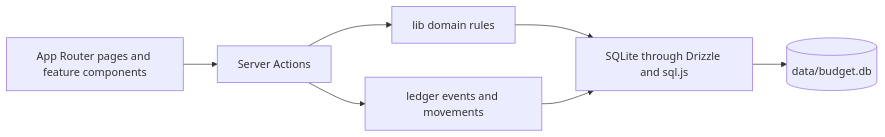
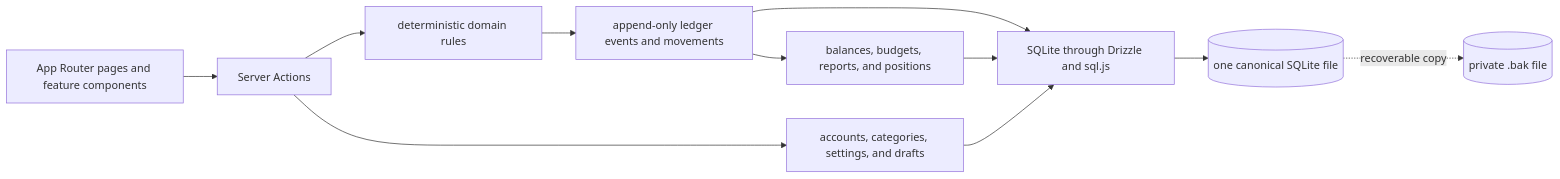
The diagram in README.md (kevin-aoun/LocalFi), drawn with Mermaid before and after one commit. The commit also changed other lines of this file and 26 other files, not shown here.

````diff
--- a/README.md
+++ b/README.md
@@ -72,9 +138,13 @@
 ```mermaid
 flowchart LR
   UI[App Router pages and feature components] --> Actions[Server Actions]
-  Actions --> Domain[lib domain rules]
-  Actions --> Ledger[ledger events and movements]
-  Domain --> DB[SQLite through Drizzle and sql.js]
-  Ledger --> DB
-  DB --> File[(data/budget.db)]
+  Actions --> Domain[deterministic domain rules]
+  Domain --> Ledger[append-only ledger events and movements]
+  Ledger --> Projections[balances, budgets, reports, and positions]
+  Actions --> Metadata[accounts, categories, settings, and drafts]
+  Ledger --> DB[SQLite through Drizzle and sql.js]
+  Projections --> DB
+  Metadata --> DB
+  DB --> File[(one canonical SQLite file)]
+  File -. recoverable copy .-> Backup[(private .bak file)]
 ```
````
